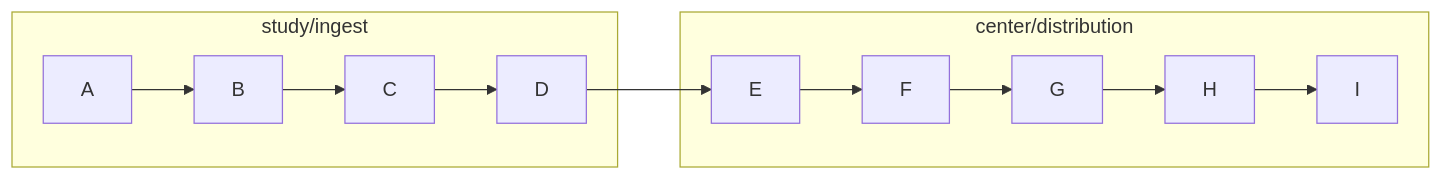
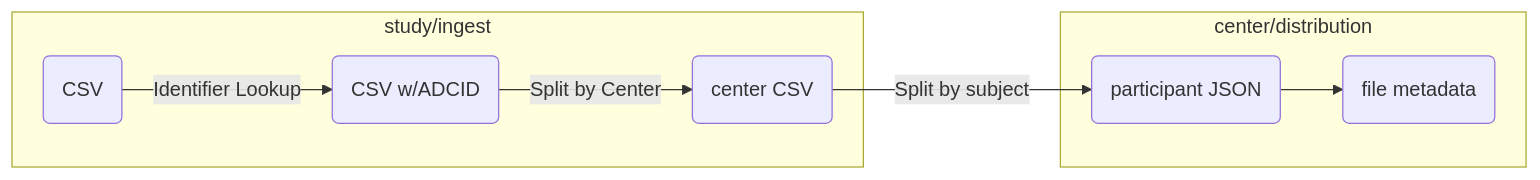
The diagram in docs/csv_center_splitter/process.md (naccdata/flywheel-gear-extensions), drawn with Mermaid before and after one commit.

Commit message:
Update csv_center_splitter/process.md
Move processes into arrow labels

````diff
--- a/docs/csv_center_splitter/process.md
+++ b/docs/csv_center_splitter/process.md
@@ -13,16 +13,12 @@
 ```mermaid
 flowchart LR
-    
     subgraph study/ingest
-        A --> B
-        B --> C
-        C --> D
+        A(CSV) -- Identifier Lookup --> B(CSV w/ADCID)
+        B -- Split by Center --> C(center CSV)
+        
     end
     subgraph center/distribution
-        D --> E
-        E --> F
-        F --> G
-        G --> H
-        H --> I
+        C -- Split by subject --> D(participant JSON)
+        D --> E(file metadata)
     end
 ```
````
